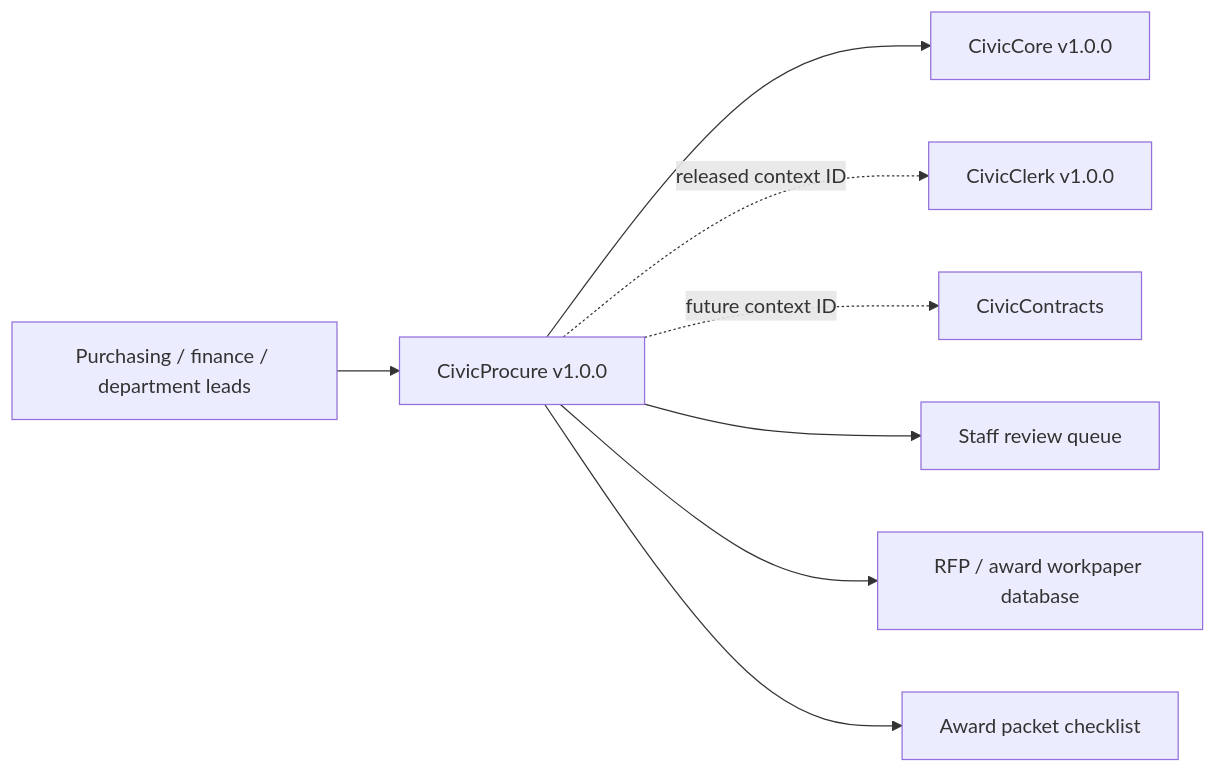
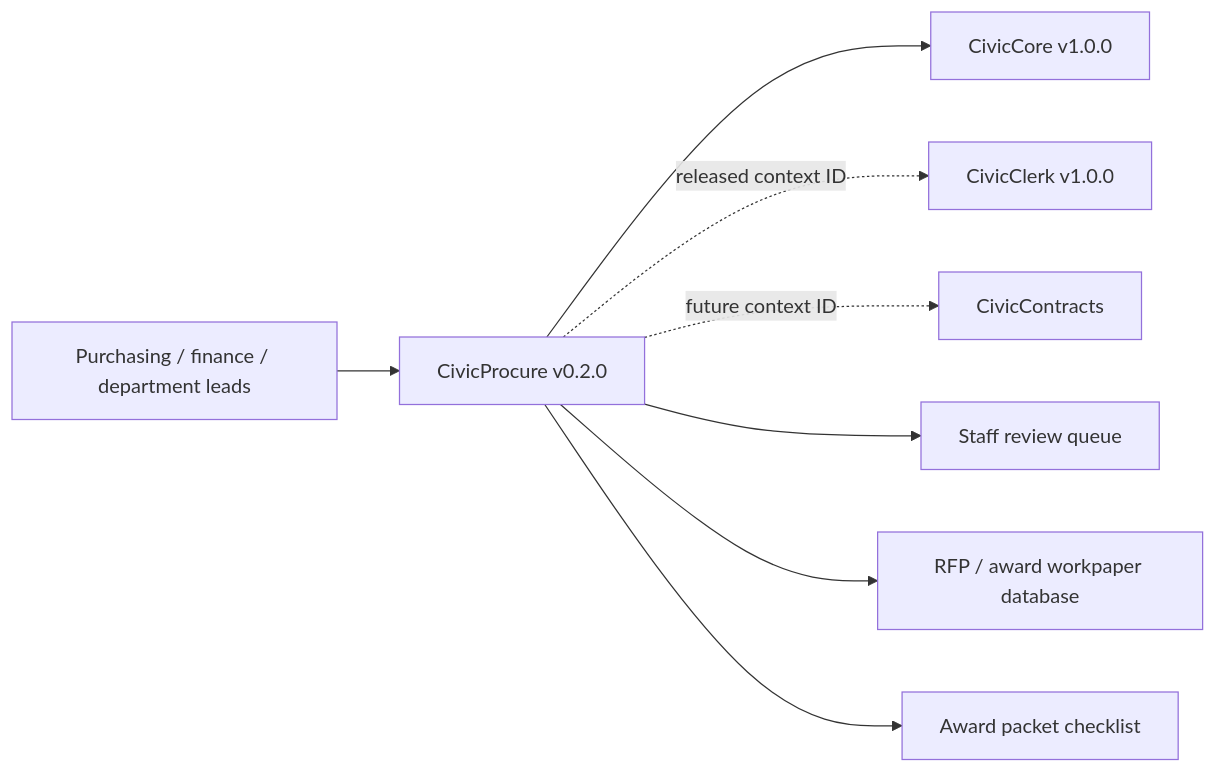
One commit to CivicSuite/civicprocure changed the diagram in USER-MANUAL.md. Above: the diagram before and after it, drawn with Mermaid. The commit also changed other lines of this file and 28 other files, not shown here.

````diff
--- a/USER-MANUAL.md
+++ b/USER-MANUAL.md
@@ -43,10 +43,10 @@
 ```mermaid
 flowchart LR
-  Staff["Purchasing / finance / department leads"] --> CivicProcure["CivicProcure v1.0.0"]
+  Staff["Purchasing / finance / department leads"] --> CivicProcure["CivicProcure v0.2.0"]
   CivicProcure --> CivicCore["CivicCore v1.0.0"]
   CivicProcure -. released context ID .-> CivicClerk["CivicClerk v1.0.0"]
   CivicProcure -. future context ID .-> CivicContracts["CivicContracts"]
   CivicProcure --> Queue["Staff review queue"]
   CivicProcure --> Workpapers["RFP / award workpaper database"]
   CivicProcure --> Export["Award packet checklist"]
 ```
````
